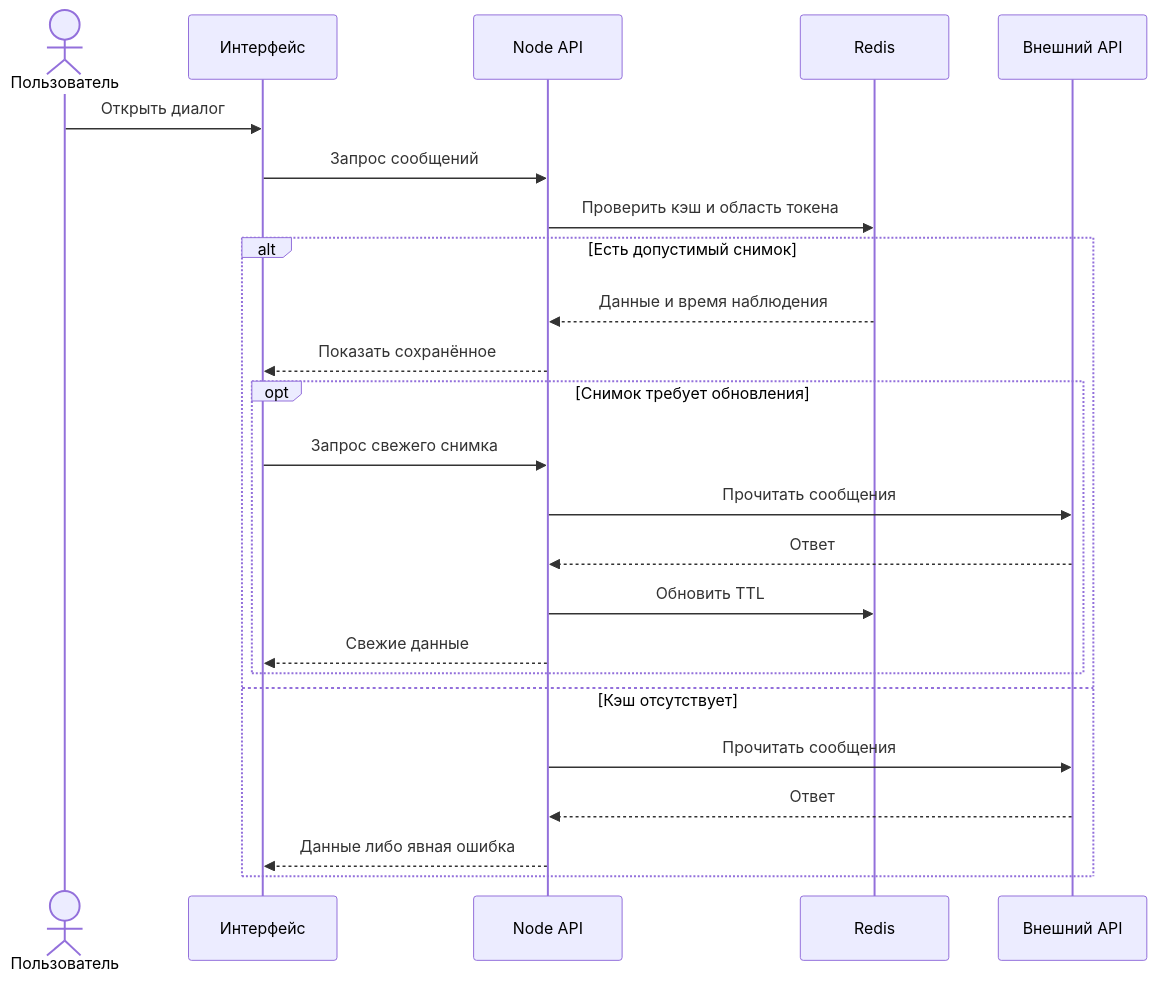
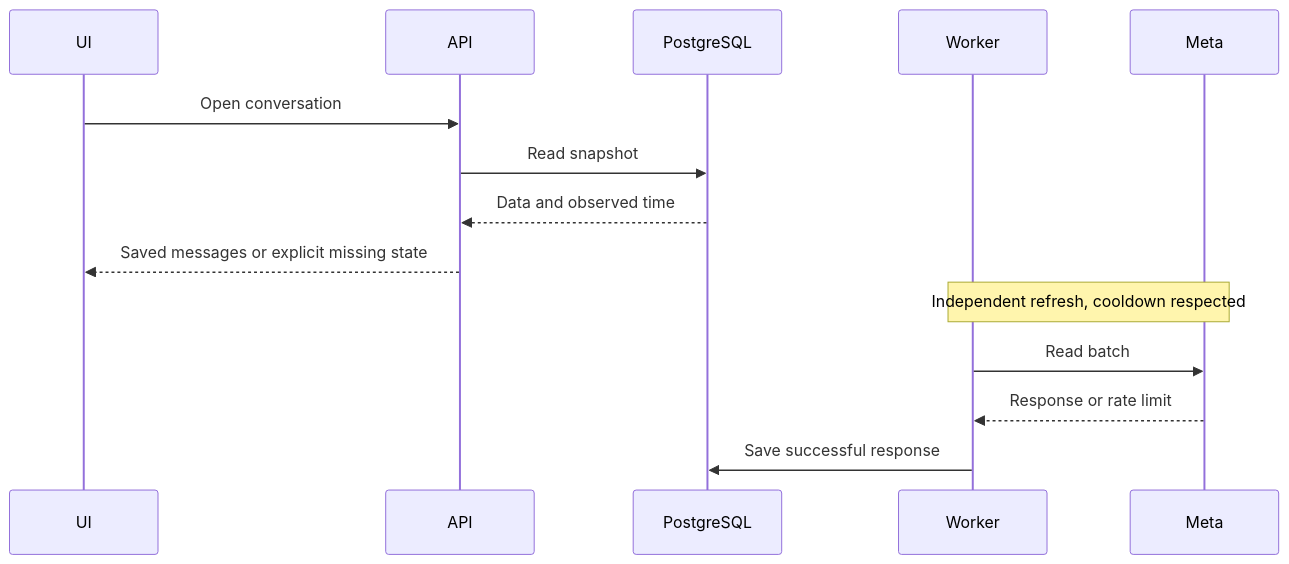
Before and after one commit to RassolovSergey/marketing-system-showcase: the diagram in docs/diagrams/inbox-sequence.mmd, drawn with Mermaid. The commit also changed 7 other files, not shown here.

```diff
--- a/docs/diagrams/inbox-sequence.mmd
+++ b/docs/diagrams/inbox-sequence.mmd
@@ -1,24 +1,14 @@
 sequenceDiagram
-    actor User as Пользователь
-    participant UI as Интерфейс
-    participant API as Node API
-    participant Cache as Redis
-    participant Meta as Внешний API
-    User->>UI: Открыть диалог
-    UI->>API: Запрос сообщений
-    API->>Cache: Проверить кэш и область токена
-    alt Есть допустимый снимок
-        Cache-->>API: Данные и время наблюдения
-        API-->>UI: Показать сохранённое
-        opt Снимок требует обновления
-            UI->>API: Запрос свежего снимка
-            API->>Meta: Прочитать сообщения
-            Meta-->>API: Ответ
-            API->>Cache: Обновить TTL
-            API-->>UI: Свежие данные
-        end
-    else Кэш отсутствует
-        API->>Meta: Прочитать сообщения
-        Meta-->>API: Ответ
-        API-->>UI: Данные либо явная ошибка
-    end
+ participant UI
+ participant API
+ participant DB as PostgreSQL
+ participant Worker
+ participant Meta
+ UI->>API: Open conversation
+ API->>DB: Read snapshot
+ DB-->>API: Data and observed time
+ API-->>UI: Saved messages or explicit missing state
+ Note over Worker,Meta: Independent refresh, cooldown respected
+ Worker->>Meta: Read batch
+ Meta-->>Worker: Response or rate limit
+ Worker->>DB: Save successful response
```
